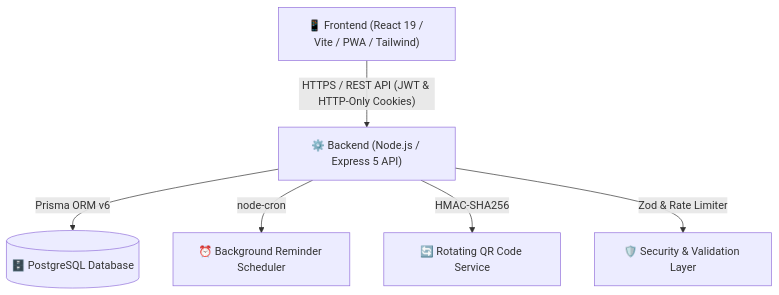
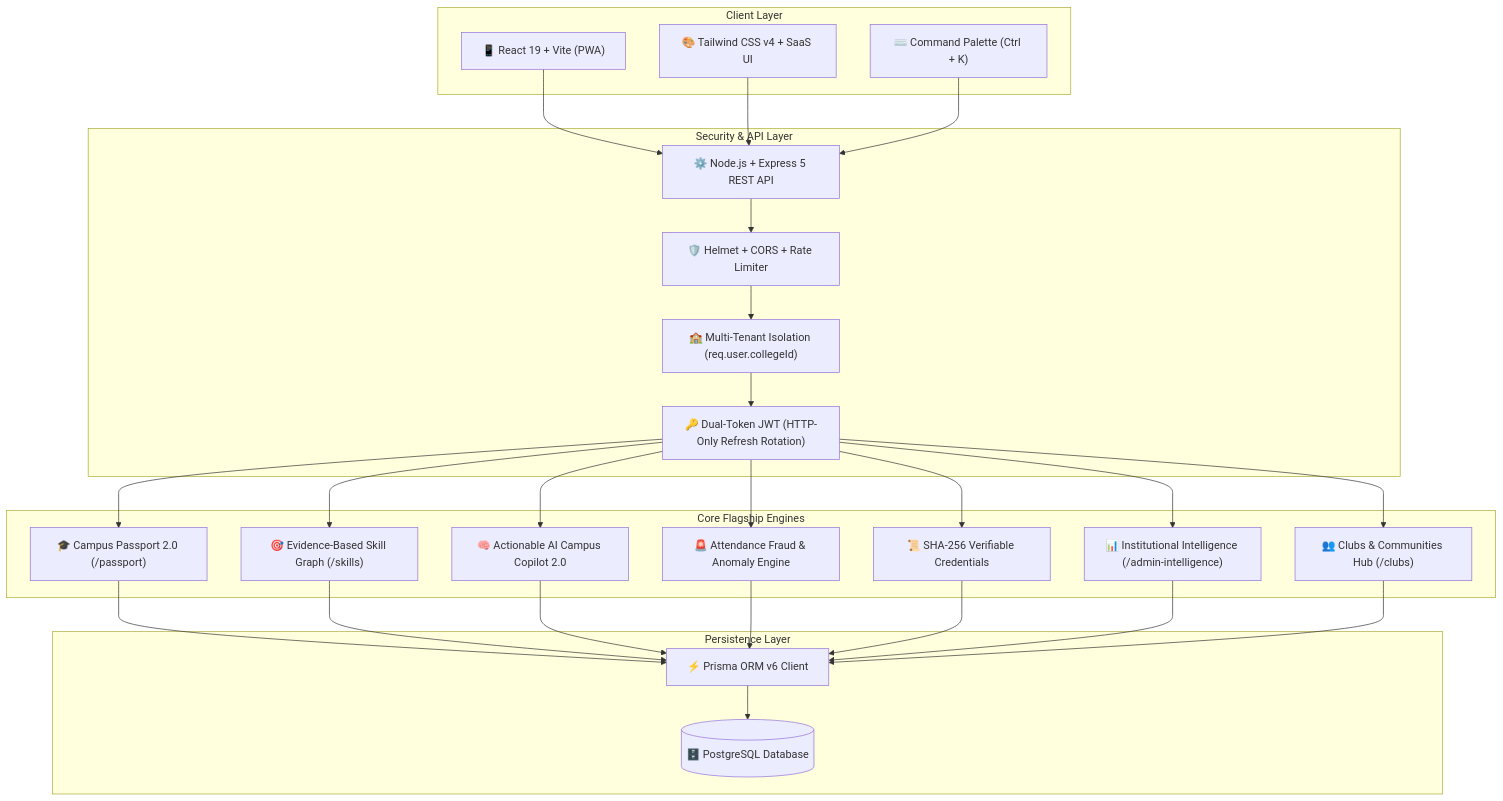
The diagram in README.md (patilritesh2006-lgtm/CampusConnect), drawn with Mermaid before and after one commit. The commit also changed other lines of this file, not shown here.

Commit message:
docs: update README.md for CampusConnect v3.1 flagship release

````diff
--- a/README.md
+++ b/README.md
@@ -40,8 +60,35 @@
 ```mermaid
 graph TD
-    Client["📱 Frontend (React 19 / Vite / PWA / Tailwind)"] -->|"HTTPS / REST API (JWT & HTTP-Only Cookies)"| Server["⚙️ Backend (Node.js / Express 5 API)"]
-    Server -->|"Prisma ORM v6"| DB[("🗄️ PostgreSQL Database")]
-    Server -->|"node-cron"| Scheduler["⏰ Background Reminder Scheduler"]
-    Server -->|"HMAC-SHA256"| QR["🔄 Rotating QR Code Service"]
-    Server -->|"Zod & Rate Limiter"| Security["🛡️ Security & Validation Layer"]
+    subgraph Client Layer
+        A["📱 React 19 + Vite (PWA)"]
+        B["🎨 Tailwind CSS v4 + SaaS UI"]
+        C["⌨️ Command Palette (Ctrl + K)"]
+    end
+
+    subgraph Security & API Layer
+        D["⚙️ Node.js + Express 5 REST API"]
+        E["🛡️ Helmet + CORS + Rate Limiter"]
+        F["🏫 Multi-Tenant Isolation (req.user.collegeId)"]
+        G["🔑 Dual-Token JWT (HTTP-Only Refresh Rotation)"]
+    end
+
+    subgraph Core Flagship Engines
+        H["🎓 Campus Passport 2.0 (/passport)"]
+        I["🎯 Evidence-Based Skill Graph (/skills)"]
+        J["🧠 Actionable AI Campus Copilot 2.0"]
+        K["🚨 Attendance Fraud & Anomaly Engine"]
+        L["📜 SHA-256 Verifiable Credentials"]
+        M["📊 Institutional Intelligence (/admin-intelligence)"]
+        N["👥 Clubs & Communities Hub (/clubs)"]
+    end
+
+    subgraph Persistence Layer
+        O["⚡ Prisma ORM v6 Client"]
+        P[("🗄️ PostgreSQL Database")]
+    end
+
+    A & B & C --> D
+    D --> E --> F --> G
+    G --> H & I & J & K & L & M & N
+    H & I & J & K & L & M & N --> O --> P
 ```
````
